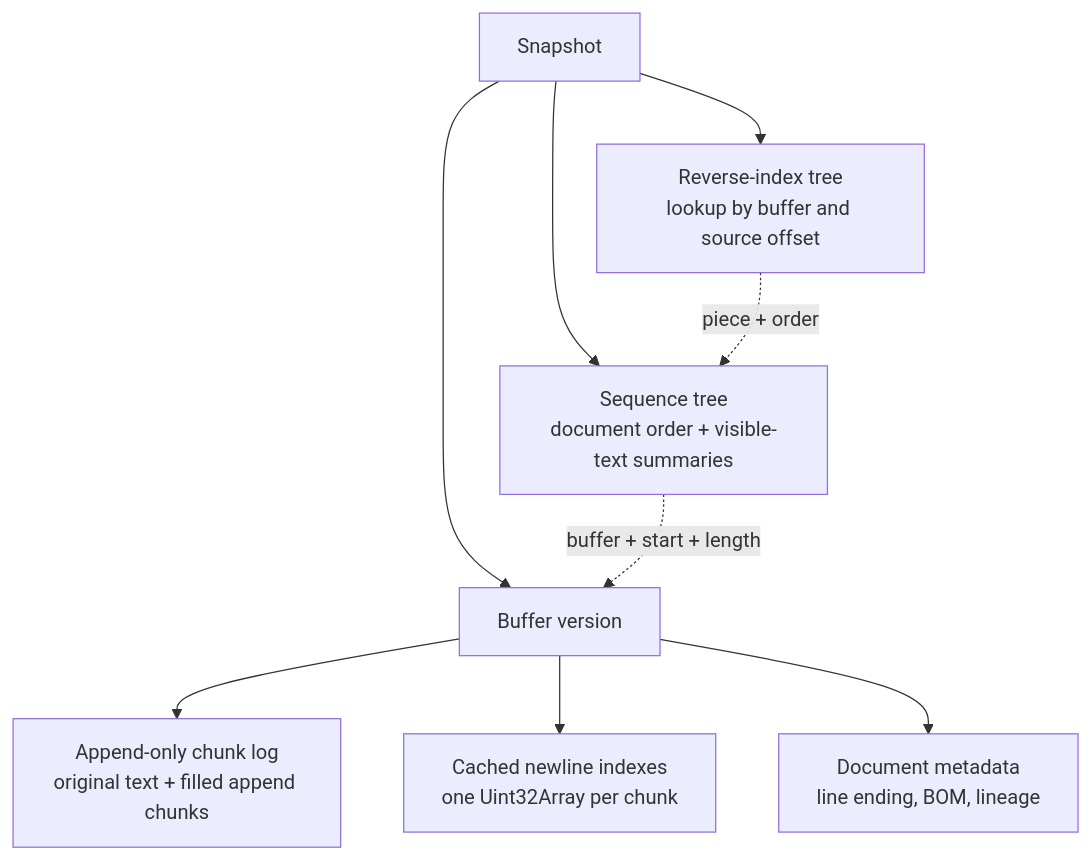
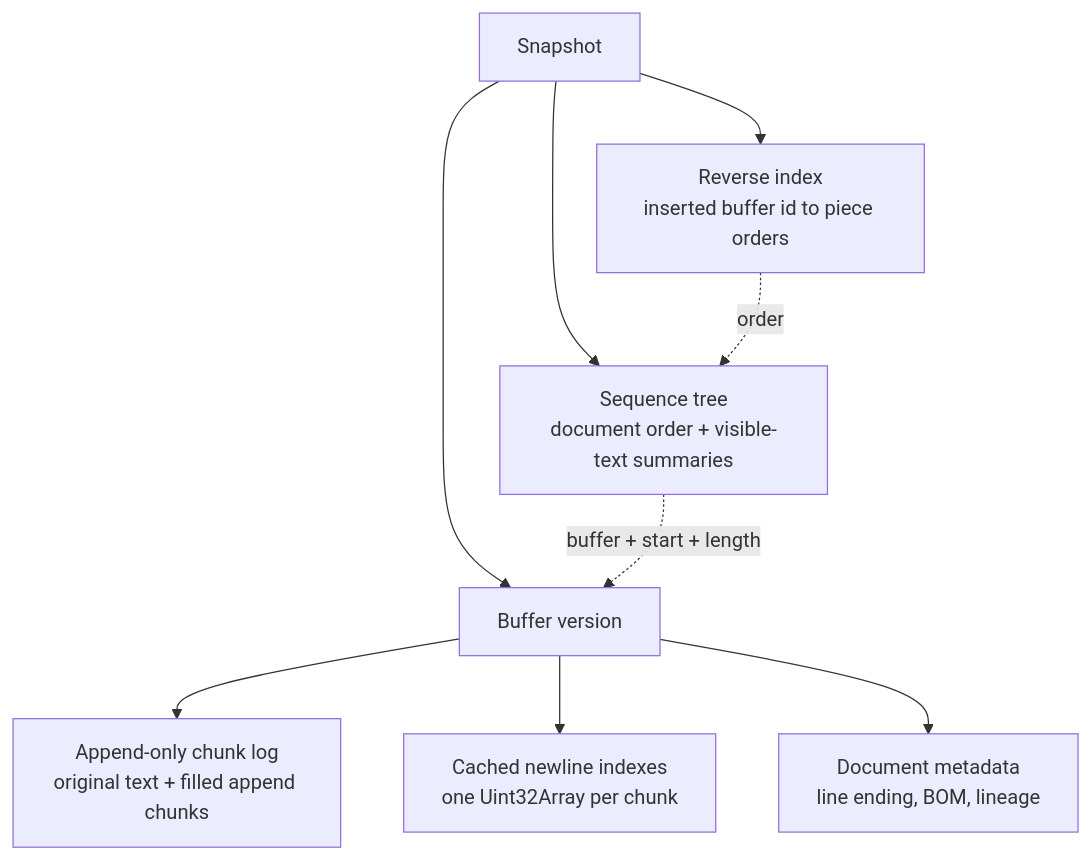
Before and after one commit to ShaulLavo/singapore: the first of 3 diagrams in packages/textbuffer/README.md, drawn with Mermaid. The commit also changed other lines of this file and 46 other files, not shown here.

First line of the commit message:
textbuffer: E039, a reverse index that edits barely touch

````diff
--- a/packages/textbuffer/README.md
+++ b/packages/textbuffer/README.md
@@ -33,11 +33,11 @@
 ```mermaid
 flowchart TD
   S["Snapshot"] --> T["Sequence tree<br/>document order + visible-text summaries"]
-  S --> R["Reverse-index tree<br/>lookup by buffer and source offset"]
+  S --> R["Reverse index<br/>inserted buffer id to piece orders"]
   S --> B["Buffer version"]
-  R -. "piece + order" .-> T
+  R -. "order" .-> T
   T -. "buffer + start + length" .-> B
   B --> C["Append-only chunk log<br/>original text + filled append chunks"]
   B --> L["Cached newline indexes<br/>one Uint32Array per chunk"]
   B --> M["Document metadata<br/>line ending, BOM, lineage"]
 ```
````
